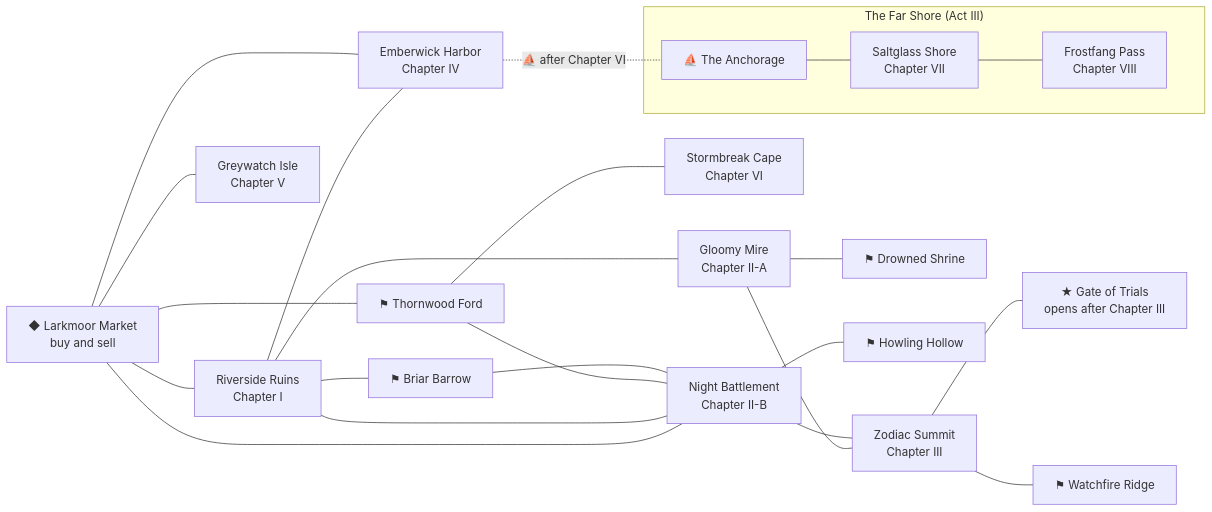
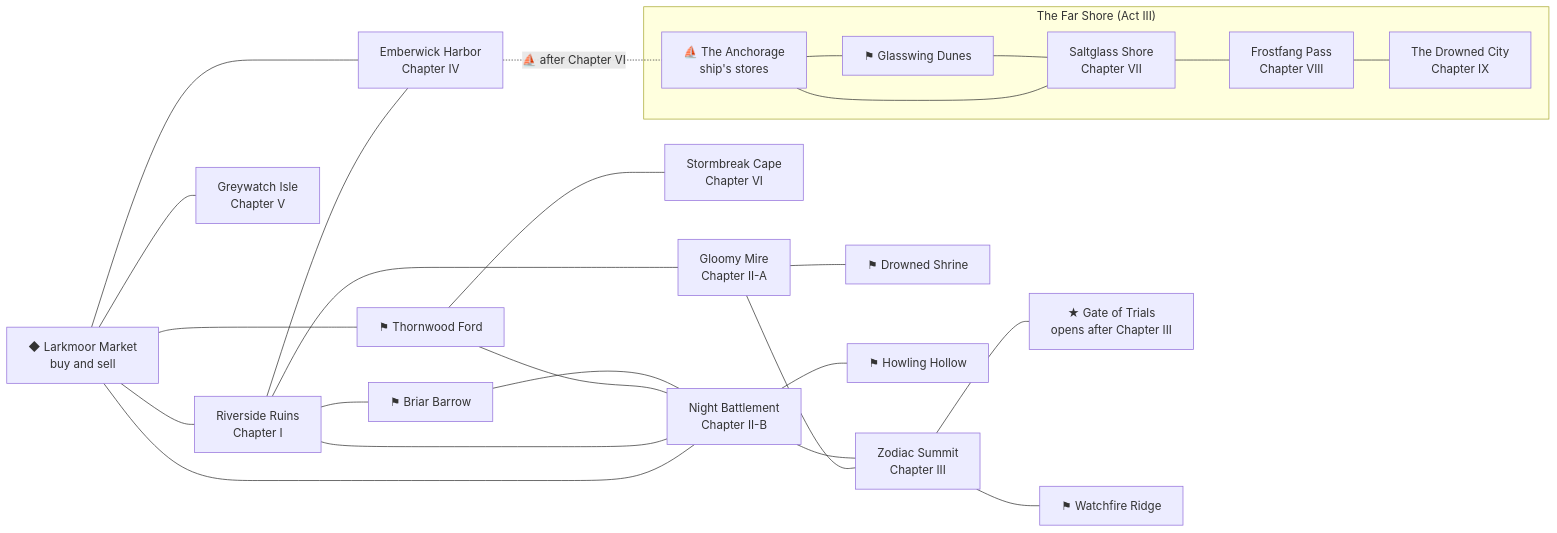
Before and after one commit to CptNope/Chess-RPG-Tactics: the fourth of 5 diagrams in docs/GAMEPLAY_GUIDE.md, drawn with Mermaid. The commit also changed other lines of this file and 27 other files, not shown here.

First line of the commit message:
0.35.0: Act III's finale — the Drowned City

````diff
--- a/docs/GAMEPLAY_GUIDE.md
+++ b/docs/GAMEPLAY_GUIDE.md
@@ -127,23 +130,24 @@
 ```mermaid
 flowchart LR
     M["◆ Larkmoor Market<br/>buy and sell"] --- R["Riverside Ruins<br/>Chapter I"]
     M --- B["Night Battlement<br/>Chapter II-B"]
     R --- G["Gloomy Mire<br/>Chapter II-A"]
     R --- B
     G --- Z["Zodiac Summit<br/>Chapter III"]
     B --- Z
     Z --- T["★ Gate of Trials<br/>opens after Chapter III"]
     R --- H["Emberwick Harbor<br/>Chapter IV"]
     M --- H
     M --- I["Greywatch Isle<br/>Chapter V"]
     M --- TF["⚑ Thornwood Ford"] --- B
     TF --- CP["Stormbreak Cape<br/>Chapter VI"]
     G --- DS["⚑ Drowned Shrine"]
     Z --- WR["⚑ Watchfire Ridge"]
     B --- HH["⚑ Howling Hollow"]
     R --- BB["⚑ Briar Barrow"] --- B
     H -. "⛵ after Chapter VI" .- A
     subgraph FS["The Far Shore (Act III)"]
-        A["⛵ The Anchorage"] --- SG["Saltglass Shore<br/>Chapter VII"] --- FP["Frostfang Pass<br/>Chapter VIII"]
+        A["⛵ The Anchorage<br/>ship's stores"] --- SG["Saltglass Shore<br/>Chapter VII"] --- FP["Frostfang Pass<br/>Chapter VIII"] --- DC["The Drowned City<br/>Chapter IX"]
+        A --- GD["⚑ Glasswing Dunes"] --- SG
     end
 ```
````
